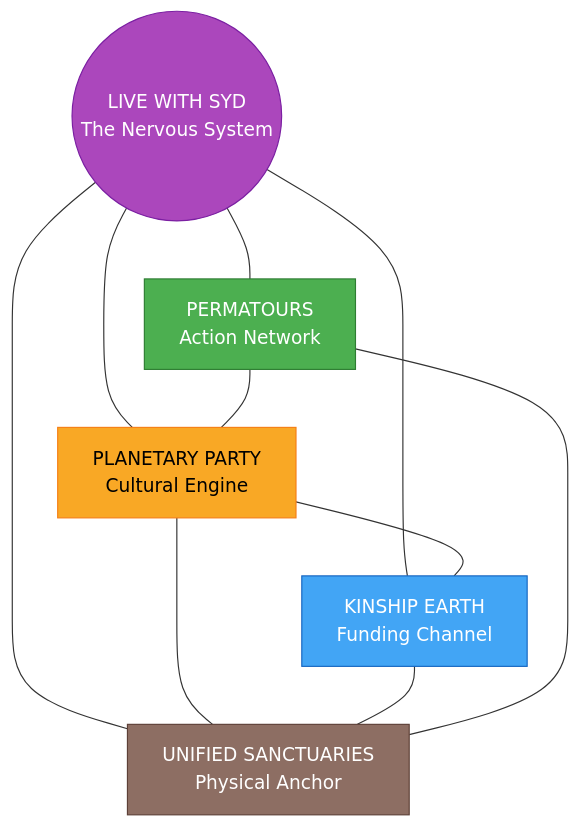
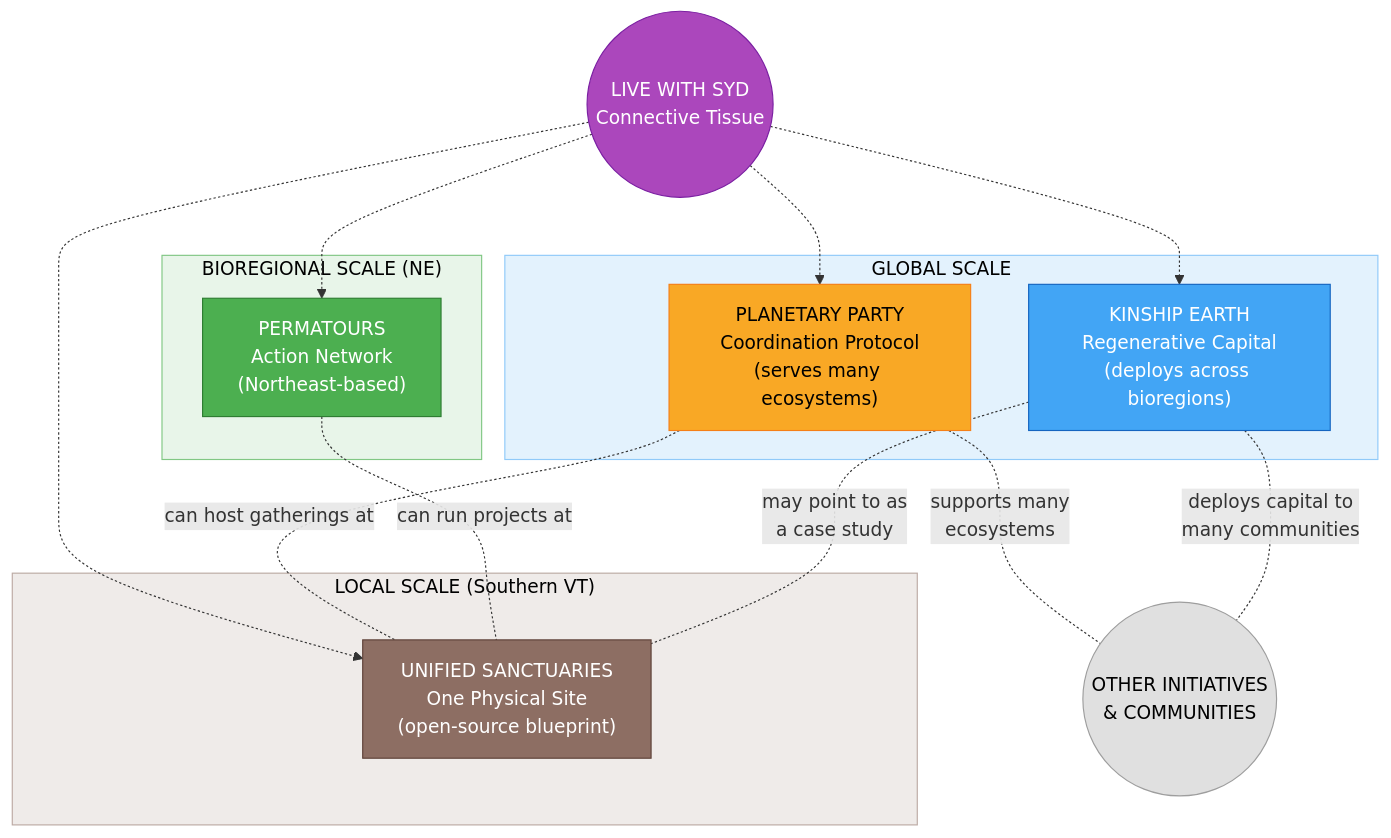
One commit to Light-Brands/brand-factory changed the diagram in brands/sydney/README.md. Above: the diagram before and after it, drawn with Mermaid. The commit also changed other lines of this file and 6 other files, not shown here.

First line of the commit message:
Update ecosystem docs to reflect scale, boundaries, and open framing

````diff
--- a/brands/sydney/README.md
+++ b/brands/sydney/README.md
@@ -32,21 +34,36 @@
 ```mermaid
 graph TD
-    LWS(("LIVE WITH SYD\nThe Nervous System"))
+    subgraph GLOBAL["GLOBAL SCALE"]
+        PP["PLANETARY PARTY\nCoordination Protocol\n(serves many ecosystems)"]
+        KE["KINSHIP EARTH\nRegenerative Capital\n(deploys across bioregions)"]
+    end
 
-    LWS --- PP["PLANETARY PARTY\nCultural Engine"]
-    LWS --- KE["KINSHIP EARTH\nFunding Channel"]
-    LWS --- PT["PERMATOURS\nAction Network"]
-    LWS --- US["UNIFIED SANCTUARIES\nPhysical Anchor"]
+    subgraph BIOREGIONAL["BIOREGIONAL SCALE (NE)"]
+        PT["PERMATOURS\nAction Network\n(Northeast-based)"]
+    end
 
-    PP --- US
-    PP --- KE
-    KE --- US
-    PT --- US
-    PT --- PP
+    subgraph LOCAL["LOCAL SCALE (Southern VT)"]
+        US["UNIFIED SANCTUARIES\nOne Physical Site\n(open-source blueprint)"]
+    end
 
-    style LWS fill:#AB47BC,stroke:#7B1FA2,color:#fff
+    LWS(("LIVE WITH SYD\nConnective Tissue"))
+
+    LWS -.-> PP & KE & PT & US
+
+    PP -.-|"can host gatherings at"| US
+    PT -.-|"can run projects at"| US
+    KE -.-|"may point to as\na case study"| US
+
+    PP -.-|"supports many\necosystems"| EXT(("OTHER INITIATIVES\n& COMMUNITIES"))
+    KE -.-|"deploys capital to\nmany communities"| EXT
+
+    style GLOBAL fill:#E3F2FD,stroke:#90CAF9,color:#000
+    style BIOREGIONAL fill:#E8F5E9,stroke:#81C784,color:#000
+    style LOCAL fill:#EFEBE9,stroke:#BCAAA4,color:#000
     style PP fill:#F9A825,stroke:#F57F17,color:#000
     style PT fill:#4CAF50,stroke:#2E7D32,color:#fff
     style US fill:#8D6E63,stroke:#5D4037,color:#fff
     style KE fill:#42A5F5,stroke:#1565C0,color:#fff
+    style LWS fill:#AB47BC,stroke:#7B1FA2,color:#fff
+    style EXT fill:#E0E0E0,stroke:#9E9E9E,color:#000
 ```
````
